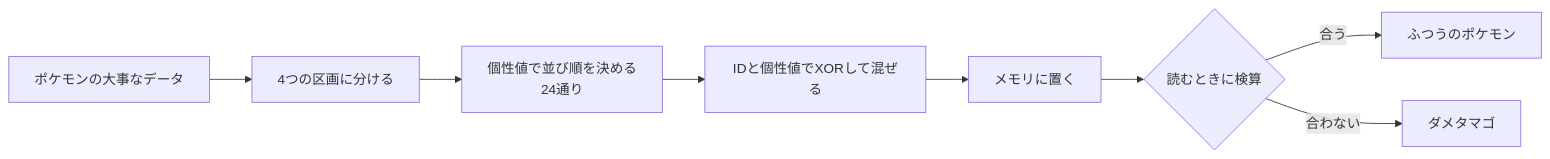
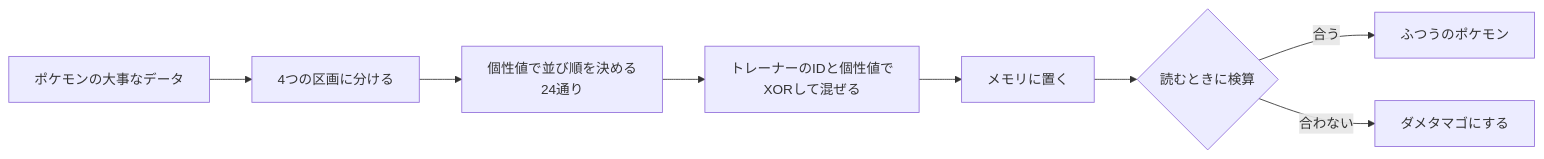
The second of 3 diagrams in articles/21-cheats-and-passthrough.md (kiwamizamurai/gaming), drawn with Mermaid before and after one commit. The commit also changed other lines of this file, not shown here.

````diff
--- a/articles/21-cheats-and-passthrough.md
+++ b/articles/21-cheats-and-passthrough.md
@@ -147,10 +210,10 @@
 ```mermaid
 flowchart LR
     A[ポケモンの大事なデータ] --> B[4つの区画に分ける]
     B --> C[個性値で並び順を決める<br>24通り]
-    C --> D[IDと個性値でXORして混ぜる]
+    C --> D[トレーナーのIDと個性値で<br>XORして混ぜる]
     D --> E[メモリに置く]
     E --> F{読むときに検算}
     F -->|合う| G[ふつうのポケモン]
-    F -->|合わない| H[ダメタマゴ]
+    F -->|合わない| H[ダメタマゴにする]
 ```
````
